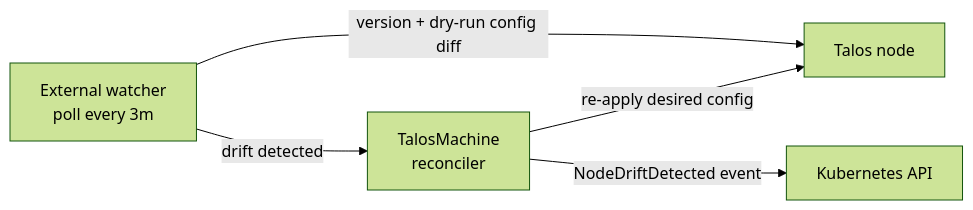
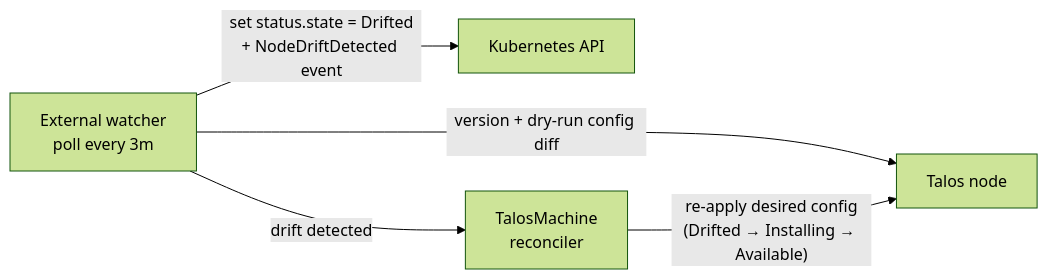
The diagram in docs/operator_manual/drift_detection.md (antux18/talos-operator), drawn with Mermaid (forest theme) before and after one commit. The commit also changed other lines of this file and 7 other files, not shown here.

````diff
--- a/docs/operator_manual/drift_detection.md
+++ b/docs/operator_manual/drift_detection.md
@@ -23,7 +23,7 @@
 ```mermaid
 flowchart LR
     W[External watcher<br/>poll every 3m] -->|version + dry-run config diff| N[Talos node]
+    W -->|"set status.state = Drifted<br/>+ NodeDriftDetected event"| K[Kubernetes API]
     W -->|drift detected| R[TalosMachine<br/>reconciler]
-    R -->|re-apply desired config| N
-    R -->|NodeDriftDetected event| K[Kubernetes API]
+    R -->|"re-apply desired config<br/>(Drifted → Installing → Available)"| N
 ```
````
